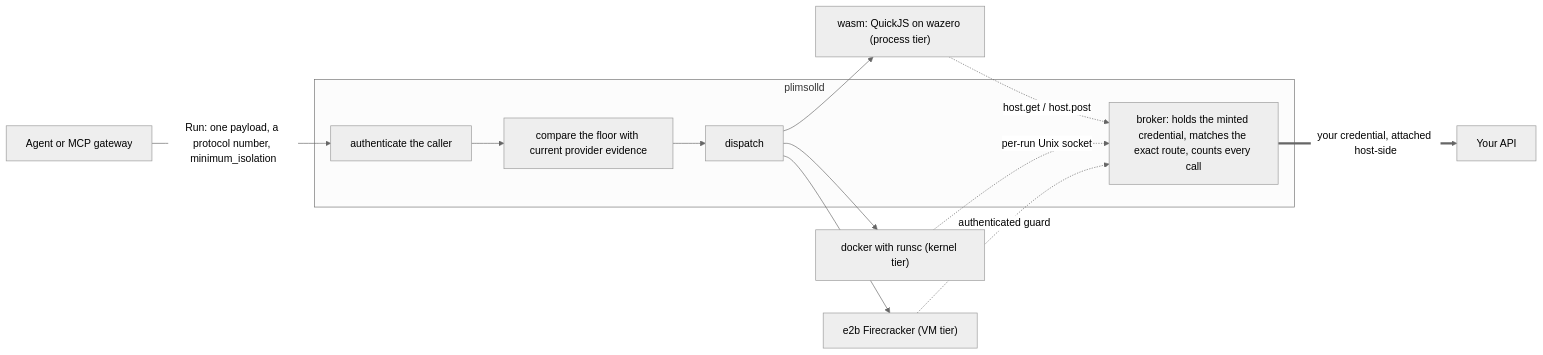
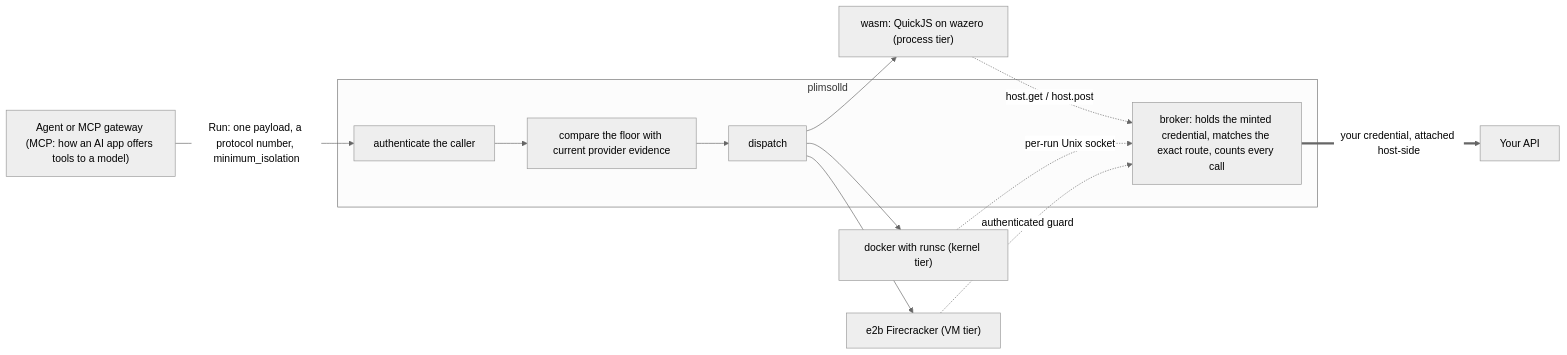
One commit to plimsollmark/plimsoll changed the diagram in README.md. Above: the diagram before and after it, drawn with Mermaid (neutral theme). The commit also changed other lines of this file and 200 other files, not shown here.

````diff
--- a/README.md
+++ b/README.md
@@ -160,19 +178,19 @@
 ```mermaid
 flowchart LR
-  A["Agent or MCP gateway"] -->|"Run: one payload, a protocol number, minimum_isolation"| AU
+  A["Agent or MCP gateway (MCP: how an AI app offers tools to a model)"] -->|"Run: one payload, a protocol number, minimum_isolation"| AU
 
   subgraph D["plimsolld"]
     AU["authenticate the caller"] --> FL["compare the floor with current provider evidence"]
     FL --> DI["dispatch"]
     BR["broker: holds the minted credential, matches the exact route, counts every call"]
   end
 
   DI --> W["wasm: QuickJS on wazero (process tier)"]
   DI --> K["docker with runsc (kernel tier)"]
   DI --> V["e2b Firecracker (VM tier)"]
 
   W -. "host.get / host.post" .-> BR
   K -. "per-run Unix socket" .-> BR
   V -. "authenticated guard" .-> BR
   BR ==> |"your credential, attached host-side"| API["Your API"]
 ```
````
